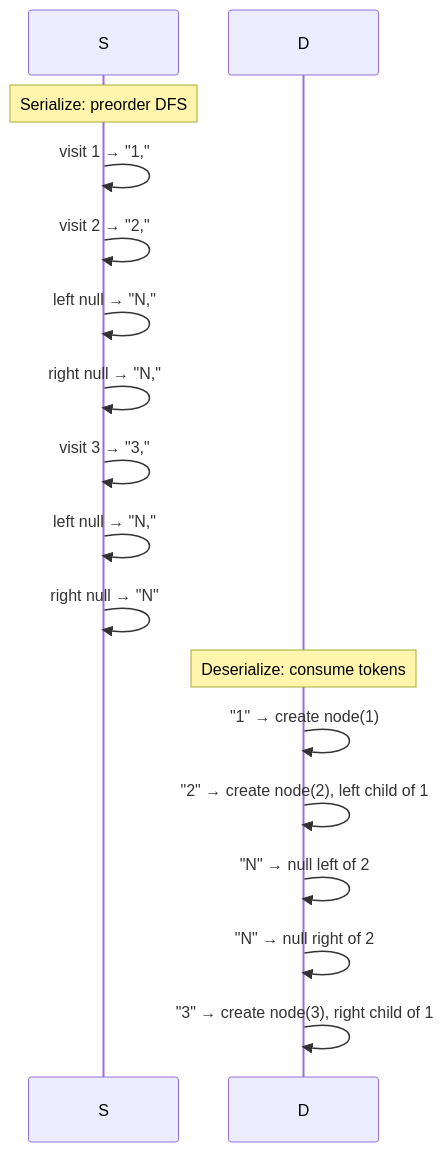
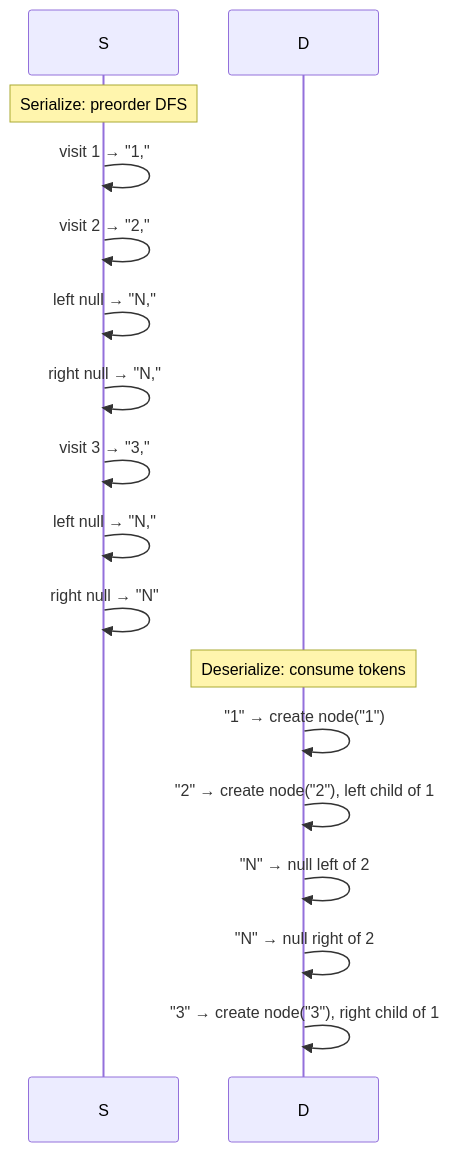
Before and after one commit to pploc/swe-icon-the-moment: the diagram in content/questions/fundamentals/serialize-deserialize-tree.md, drawn with Mermaid. The commit also changed 138 other files, not shown here.

````diff
--- a/content/questions/fundamentals/serialize-deserialize-tree.md
+++ b/content/questions/fundamentals/serialize-deserialize-tree.md
@@ -55,17 +55,18 @@
 ```mermaid
 sequenceDiagram
     Note over S: Serialize: preorder DFS
     S->>S: visit 1 → "1,"
     S->>S: visit 2 → "2,"
     S->>S: left null → "N,"
     S->>S: right null → "N,"
     S->>S: visit 3 → "3,"
     S->>S: left null → "N,"
     S->>S: right null → "N"
     Note over D: Deserialize: consume tokens
-    D->>D: "1" → create node(1)
-    D->>D: "2" → create node(2), left child of 1
+    D->>D: "1" → create node("1")
+    D->>D: "2" → create node("2"), left child of 1
     D->>D: "N" → null left of 2
     D->>D: "N" → null right of 2
-    D->>D: "3" → create node(3), right child of 1
+    D->>D: "3" → create node("3"), right child of 1
+
 ```
````
